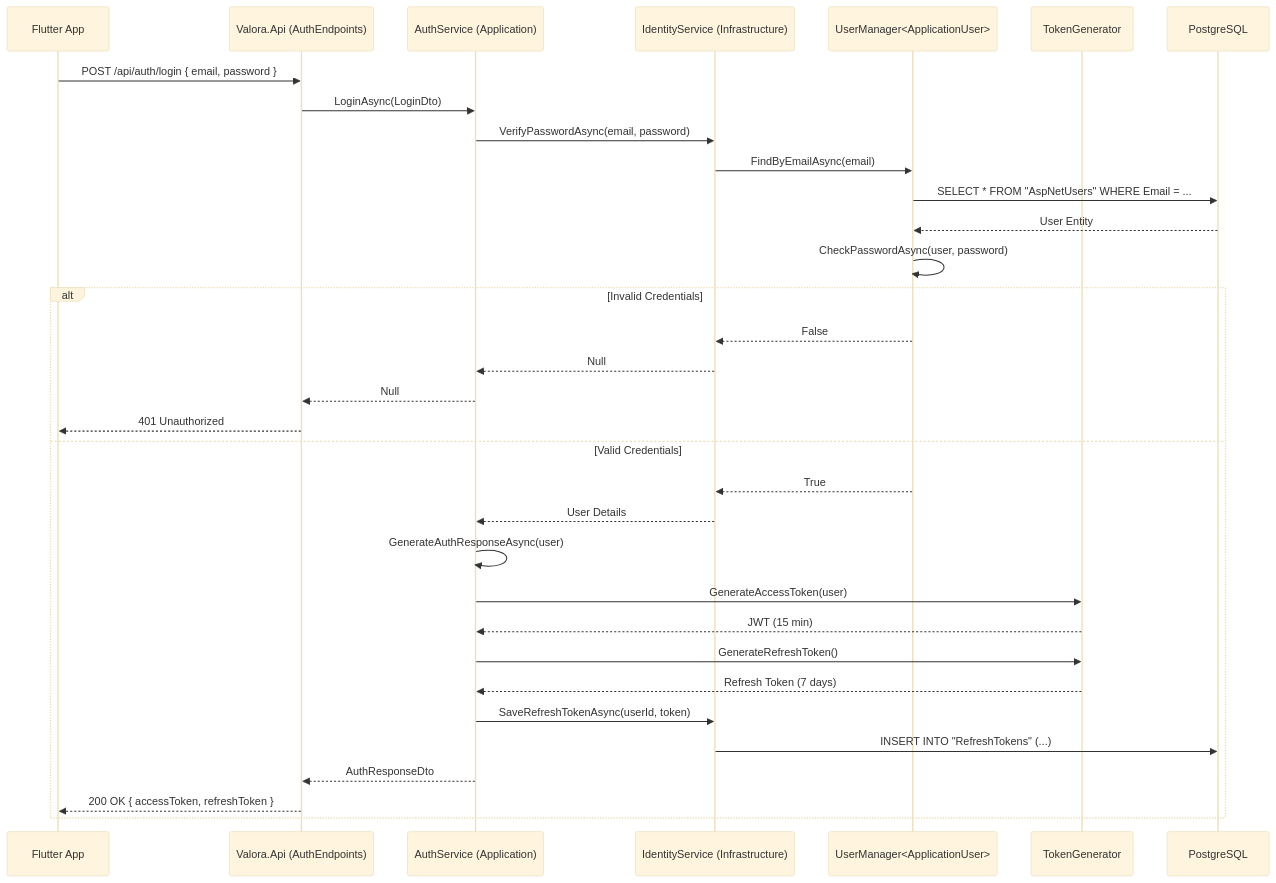
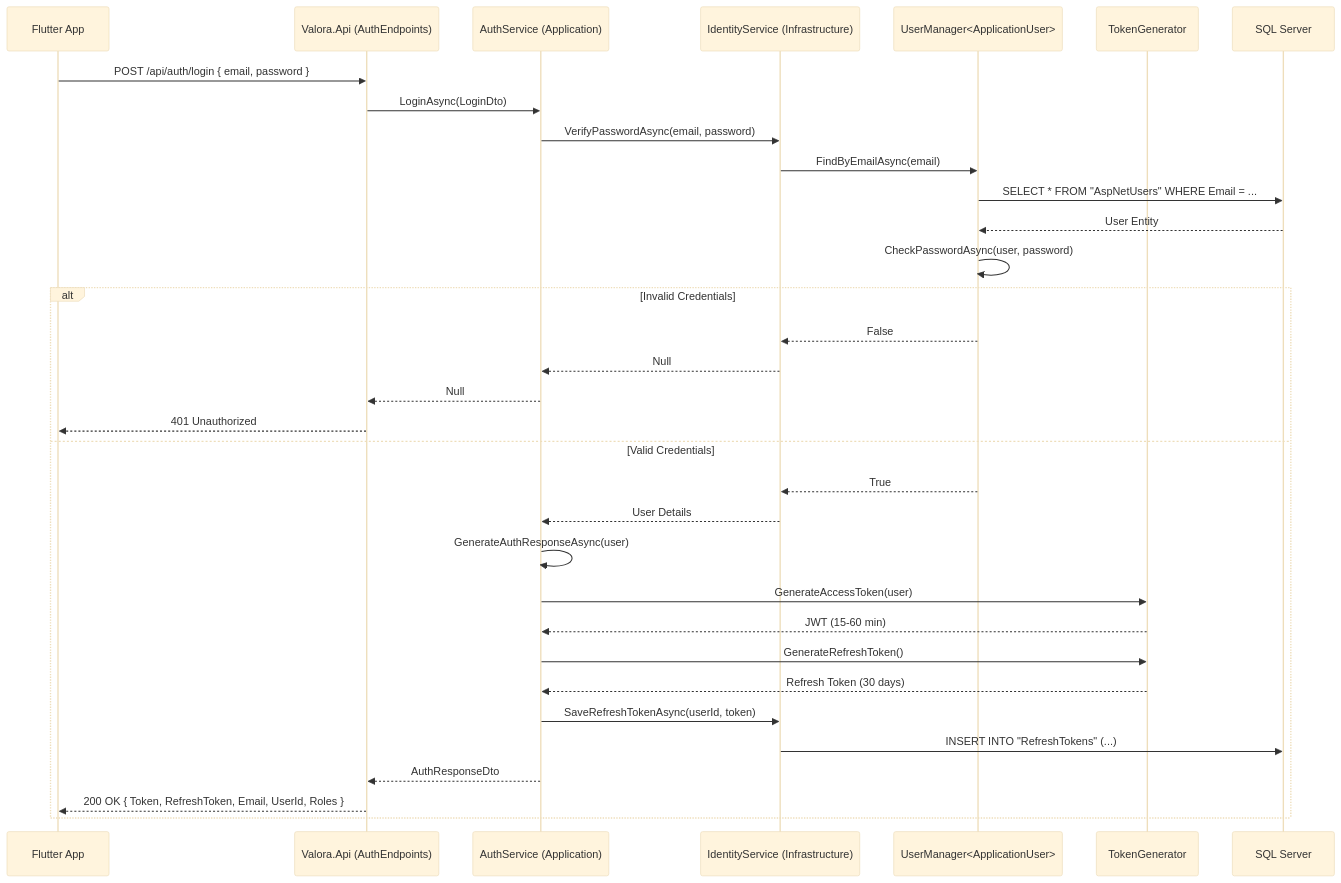
One commit to YKDBontekoe/valora changed the first of 2 diagrams in docs/onboarding-auth-flow.md. Above: the diagram before and after it, drawn with Mermaid (base theme). The commit also changed other lines of this file, not shown here.

Commit message:
Address PR feedback: Fix auth flow documentation
- Corrected Database type to SQL Server.
- Updated Refresh Token TTL to 30 days.
- Updated Auth Response fields to match DTO contract.

````diff
--- a/docs/onboarding-auth-flow.md
+++ b/docs/onboarding-auth-flow.md
@@ -9,42 +9,42 @@
 ```mermaid
 sequenceDiagram
     participant Client as Flutter App
     participant API as Valora.Api (AuthEndpoints)
     participant Service as AuthService (Application)
     participant Identity as IdentityService (Infrastructure)
     participant UserMgr as UserManager<ApplicationUser>
     participant Token as TokenGenerator
-    participant DB as PostgreSQL
+    participant DB as SQL Server
 
     Client->>API: POST /api/auth/login { email, password }
     API->>Service: LoginAsync(LoginDto)
 
     Service->>Identity: VerifyPasswordAsync(email, password)
     Identity->>UserMgr: FindByEmailAsync(email)
     UserMgr->>DB: SELECT * FROM "AspNetUsers" WHERE Email = ...
     DB-->>UserMgr: User Entity
     UserMgr->>UserMgr: CheckPasswordAsync(user, password)
 
     alt Invalid Credentials
         UserMgr-->>Identity: False
         Identity-->>Service: Null
         Service-->>API: Null
         API-->>Client: 401 Unauthorized
     else Valid Credentials
         UserMgr-->>Identity: True
         Identity-->>Service: User Details
 
         Service->>Service: GenerateAuthResponseAsync(user)
         Service->>Token: GenerateAccessToken(user)
-        Token-->>Service: JWT (15 min)
+        Token-->>Service: JWT (15-60 min)
 
         Service->>Token: GenerateRefreshToken()
-        Token-->>Service: Refresh Token (7 days)
+        Token-->>Service: Refresh Token (30 days)
 
         Service->>Identity: SaveRefreshTokenAsync(userId, token)
         Identity->>DB: INSERT INTO "RefreshTokens" (...)
 
         Service-->>API: AuthResponseDto
-        API-->>Client: 200 OK { accessToken, refreshToken }
+        API-->>Client: 200 OK { Token, RefreshToken, Email, UserId, Roles }
     end
 ```
````
